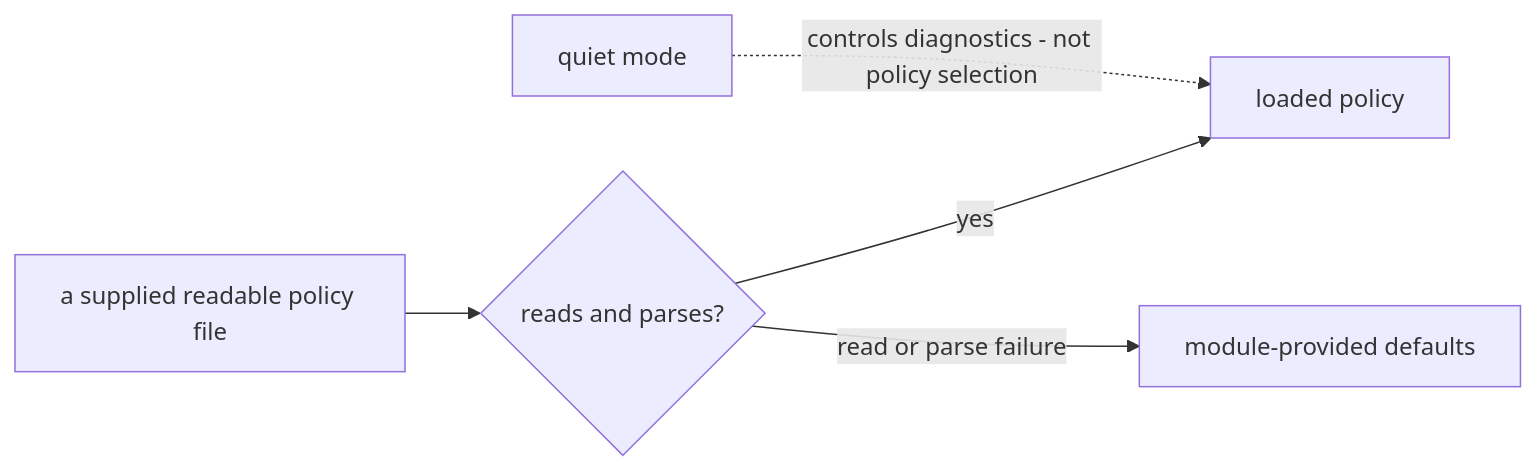
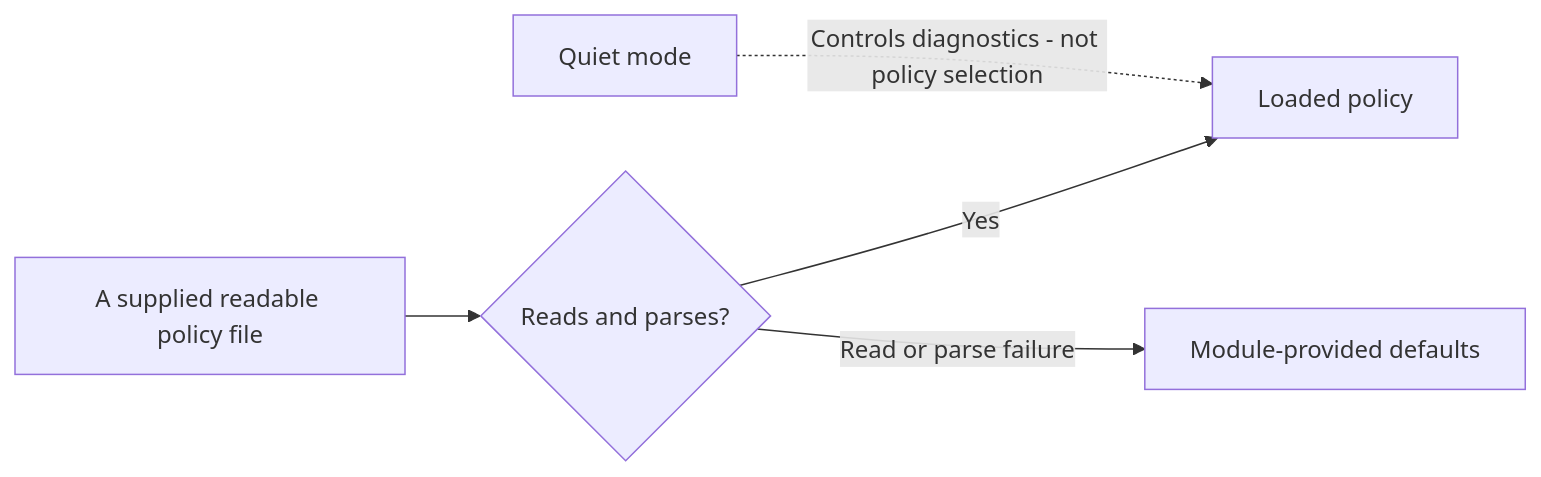
One commit to PlayForm/Site-DeepSeek changed the diagram in Source/Content/Mermaid/core-policy.mmd. Above: the diagram before and after it, drawn with Mermaid. The commit also changed 174 other files, not shown here.

```diff
--- a/Source/Content/Mermaid/core-policy.mmd
+++ b/Source/Content/Mermaid/core-policy.mmd
@@ -1,5 +1,5 @@
 flowchart LR
-	FILE["a supplied readable policy file"] --> R{"reads and parses?"}
-	R -- "yes" --> LOAD["loaded policy"]
-	R -- "read or parse failure" --> DEF["module-provided defaults"]
-	QUIET["quiet mode"] -. "controls diagnostics - not policy selection" .-> LOAD
+	FILE["A supplied readable policy file"] --> R{"Reads and parses?"}
+	R -- "Yes" --> LOAD["Loaded policy"]
+	R -- "Read or parse failure" --> DEF["Module-provided defaults"]
+	QUIET["Quiet mode"] -. "Controls diagnostics - not policy selection" .-> LOAD
```
